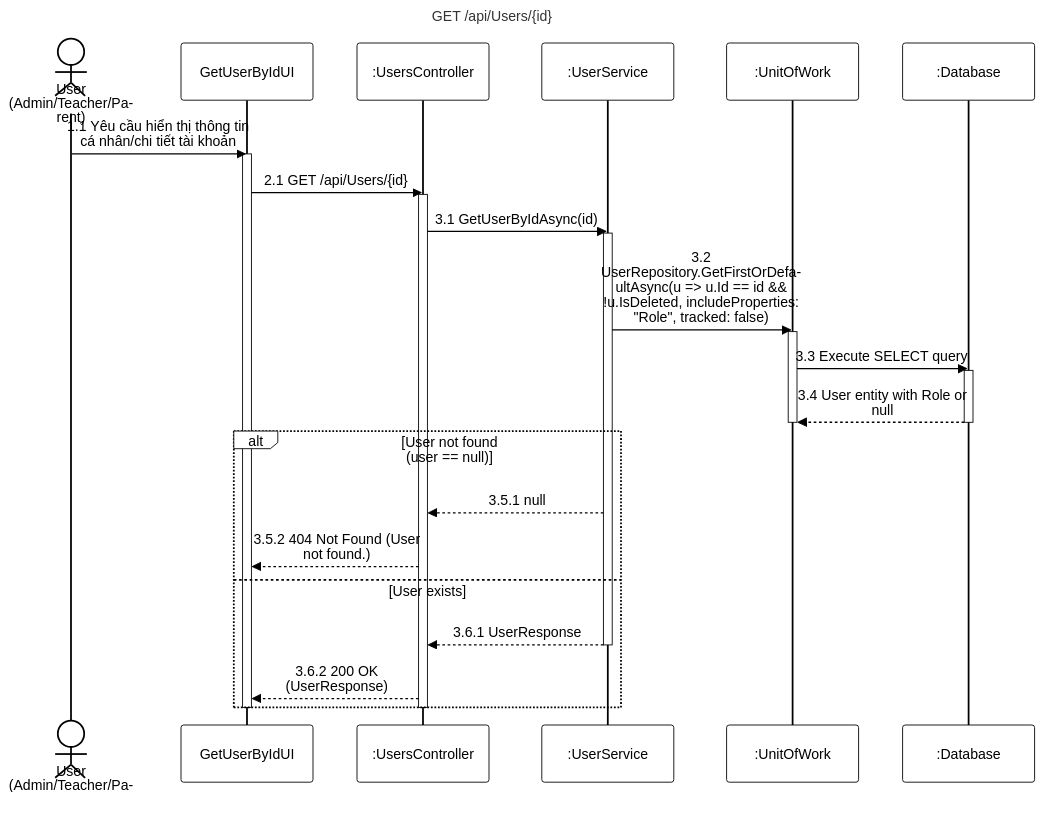
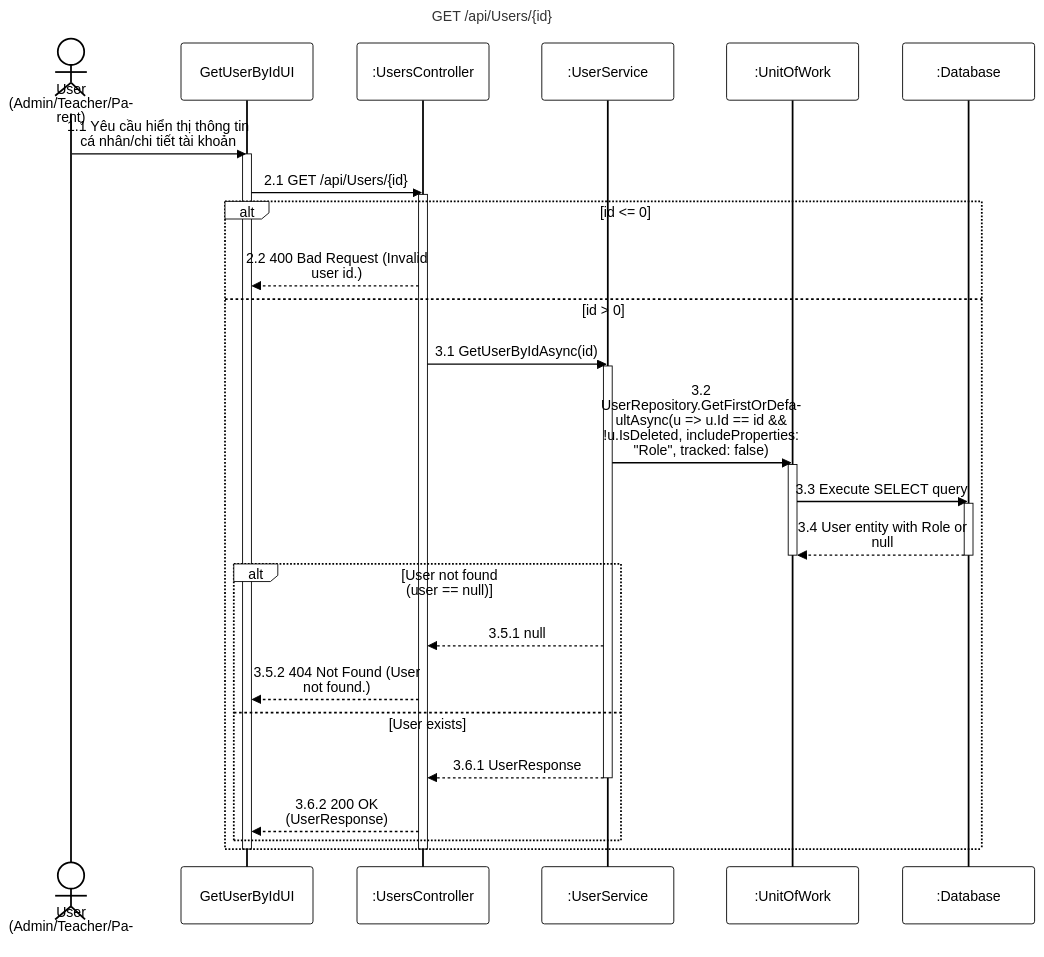
One commit to PhucAnDev/docx-diagram changed the diagram in 02-user-role-management/sequence-diagram/apis/get-user-by-id.mmd. Above: the diagram before and after it, drawn with Mermaid. The commit also changed 13 other files, not shown here.

Commit message:
fix: update sequence diagrams for users and roles to align actors and validation with code

```diff
--- a/02-user-role-management/sequence-diagram/apis/get-user-by-id.mmd
+++ b/02-user-role-management/sequence-diagram/apis/get-user-by-id.mmd
@@ -1,36 +1,40 @@
 %%{init: {'theme':'base', 'themeVariables': {'actorBkg':'#ffffff','actorBorder':'#000000','actorTextColor':'#000000','actorLineColor':'#000000','signalColor':'#000000','signalTextColor':'#000000','labelBoxBkgColor':'#ffffff','labelBoxBorderColor':'#000000','labelTextColor':'#000000','loopTextColor':'#000000','noteBkgColor':'#ffffff','noteBorderColor':'#000000','noteTextColor':'#000000','activationBorderColor':'#000000','activationBkgColor':'#ffffff','sequenceNumberColor':'#000000'}, 'sequence': {'width':150,'height':65,'actorFontSize':16,'messageFontSize':16,'wrap':true,'wrapPadding':10}}}%%
 sequenceDiagram
     title GET /api/Users/{id}
     actor User as User (Admin/Teacher/Parent)
     participant UI as GetUserByIdUI
     participant Endpoint as :UsersController
     participant Service as :UserService
     participant DB as :UnitOfWork
     participant Database as :Database
 
     User->>UI: 1.1 Yêu cầu hiển thị thông tin cá nhân/chi tiết tài khoản
     activate UI
     UI->>Endpoint: 2.1 GET /api/Users/{id}
     activate Endpoint
 
-    Endpoint->>Service: 3.1 GetUserByIdAsync(id)
-    activate Service
+    alt id <= 0
+        Endpoint-->>UI: 2.2 400 Bad Request (Invalid user id.)
+    else id > 0
+        Endpoint->>Service: 3.1 GetUserByIdAsync(id)
+        activate Service
 
-    Service->>DB: 3.2 UserRepository.GetFirstOrDefaultAsync(u => u.Id == id && !u.IsDeleted, includeProperties: "Role", tracked: false)
-    activate DB
-    DB->>Database: 3.3 Execute SELECT query
-    activate Database
-    Database-->>DB: 3.4 User entity with Role or null
-    deactivate Database
-    deactivate DB
+        Service->>DB: 3.2 UserRepository.GetFirstOrDefaultAsync(u => u.Id == id && !u.IsDeleted, includeProperties: "Role", tracked: false)
+        activate DB
+        DB->>Database: 3.3 Execute SELECT query
+        activate Database
+        Database-->>DB: 3.4 User entity with Role or null
+        deactivate Database
+        deactivate DB
 
-    alt User not found (user == null)
-        Service-->>Endpoint: 3.5.1 null
-        Endpoint-->>UI: 3.5.2 404 Not Found (User not found.)
-    else User exists
-        Service-->>Endpoint: 3.6.1 UserResponse
-        deactivate Service
-        Endpoint-->>UI: 3.6.2 200 OK (UserResponse)
+        alt User not found (user == null)
+            Service-->>Endpoint: 3.5.1 null
+            Endpoint-->>UI: 3.5.2 404 Not Found (User not found.)
+        else User exists
+            Service-->>Endpoint: 3.6.1 UserResponse
+            deactivate Service
+            Endpoint-->>UI: 3.6.2 200 OK (UserResponse)
+        end
     end
     deactivate Endpoint
     deactivate UI
```
